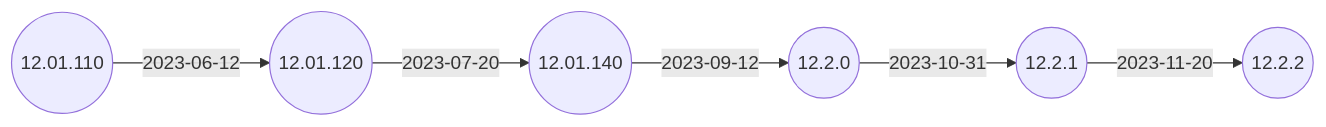
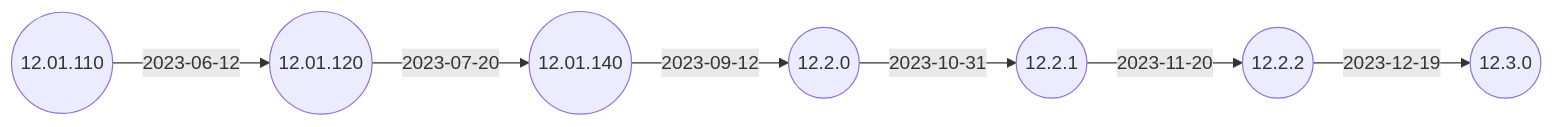
One commit to IGEL-Community/IGEL-Docs-v02 changed the second of 2 diagrams in docs/Docs/ReleaseNotes/04-OS12/README.md. Above: the diagram before and after it, drawn with Mermaid. The commit also changed 2 other files, not shown here.

````diff
--- a/docs/Docs/ReleaseNotes/04-OS12/README.md
+++ b/docs/Docs/ReleaseNotes/04-OS12/README.md
@@ -33,14 +33,16 @@
 ```mermaid
 flowchart LR
+    12.2.2-- 2023-12-19 -->12.3.0((12.3.0))
     12.2.1-- 2023-11-20 -->12.2.2((12.2.2))
     12.2.0-- 2023-10-31 -->12.2.1((12.2.1))
     12.01.140-- 2023-09-12 -->12.2.0((12.2.0))
     12.01.120-- 2023-07-20 -->12.01.140((12.01.140))
     12.01.110((12.01.110))-- 2023-06-12 -->12.01.120((12.01.120))
+    click 12.3.0 "https://github.com/IGEL-Community/IGEL-Docs-v02/tree/main/docs/Docs/ReleaseNotes/04-OS12/readme12.3.0.txt" _blank
     click 12.2.2 "https://github.com/IGEL-Community/IGEL-Docs-v02/tree/main/docs/Docs/ReleaseNotes/04-OS12/readme12.2.2.txt" _blank
     click 12.2.1 "https://github.com/IGEL-Community/IGEL-Docs-v02/tree/main/docs/Docs/ReleaseNotes/04-OS12/readme12.2.1.txt" _blank
     click 12.2.0 "https://github.com/IGEL-Community/IGEL-Docs-v02/tree/main/docs/Docs/ReleaseNotes/04-OS12/readme12.2.0.txt" _blank
     click 12.01.140 "https://github.com/IGEL-Community/IGEL-Docs-v02/tree/main/docs/Docs/ReleaseNotes/04-OS12/readme12.01.140.1.txt" _blank
     click 12.01.120 "https://github.com/IGEL-Community/IGEL-Docs-v02/tree/main/docs/Docs/ReleaseNotes/04-OS12/readme12.01.120.1.txt" _blank
     click 12.01.110 "https://github.com/IGEL-Community/IGEL-Docs-v02/tree/main/docs/Docs/ReleaseNotes/04-OS12/readme12.01.110.1.txt" _blank
 ```
````
